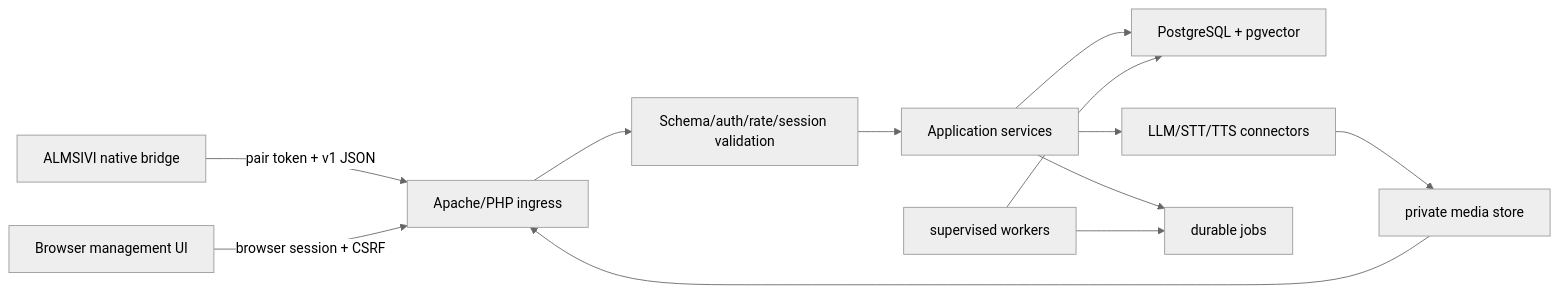
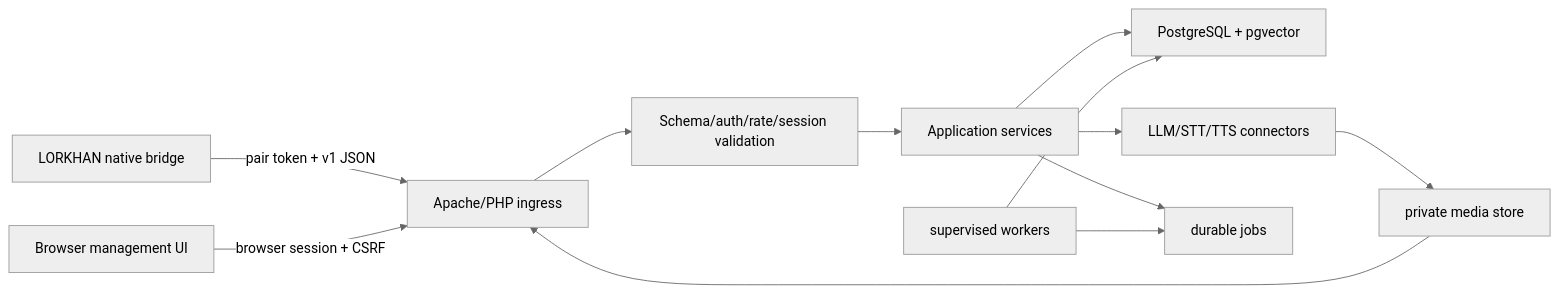
The diagram in docs/ARCHITECTURE.md (Dwemer-Dynamics/LorkhanServer), drawn with Mermaid (neutral theme) before and after one commit. The commit also changed other lines of this file and 472 other files, not shown here.

````diff
--- a/docs/ARCHITECTURE.md
+++ b/docs/ARCHITECTURE.md
@@ -10,14 +10,14 @@
 ```mermaid
 flowchart LR
-  C["ALMSIVI native bridge"] -->|"pair token + v1 JSON"| A["Apache/PHP ingress"]
+  C["LORKHAN native bridge"] -->|"pair token + v1 JSON"| A["Apache/PHP ingress"]
   B["Browser management UI"] -->|"browser session + CSRF"| A
   A --> V["Schema/auth/rate/session validation"]
   V --> S["Application services"]
   S --> D["PostgreSQL + pgvector"]
   S --> P["LLM/STT/TTS connectors"]
   S --> Q["durable jobs"]
   W["supervised workers"] --> Q
   W --> D
   P --> M["private media store"]
   M --> A
 ```
````
